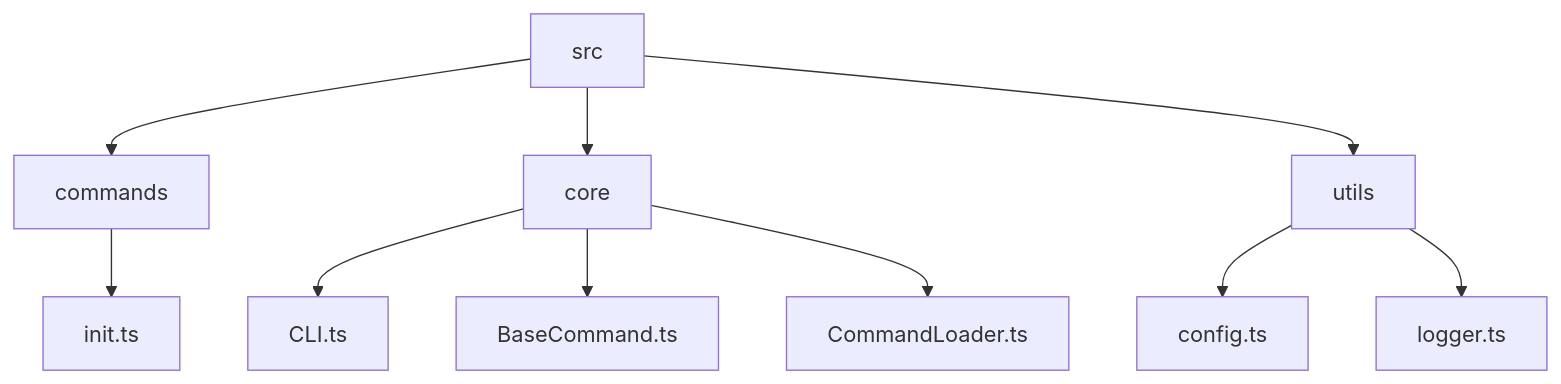
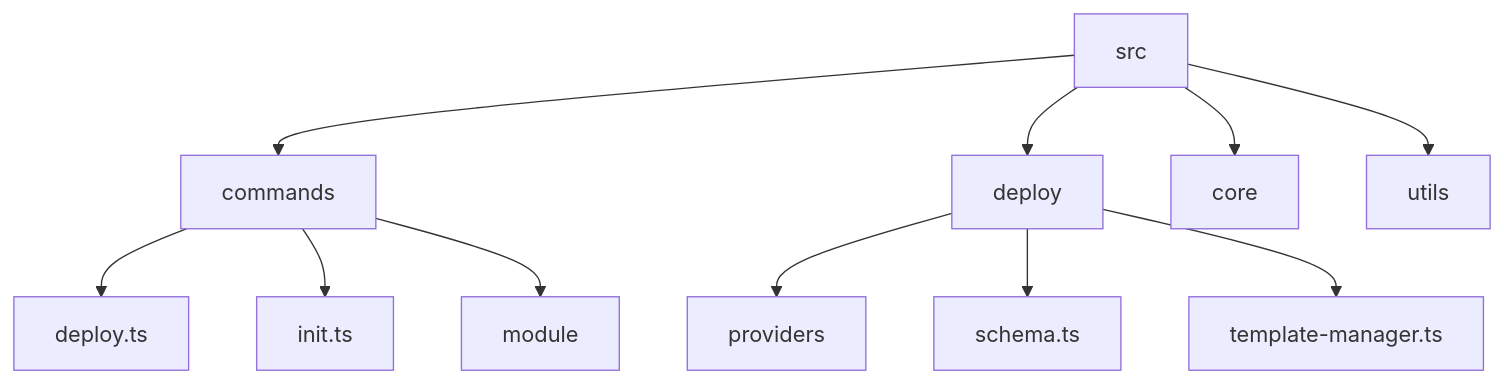
The diagram in README.md (nexical/cli), drawn with Mermaid before and after one commit. The commit also changed other lines of this file and 16 other files, not shown here.

Commit message:
Refactoring the deploy command and related libraries.

````diff
--- a/README.md
+++ b/README.md
@@ -318,12 +222,13 @@
 ```mermaid
 graph TD
     src-->commands
+    src-->deploy
     src-->core
     src-->utils
+    commands-->deploy.ts
     commands-->init.ts
-    core-->CLI.ts
-    core-->BaseCommand.ts
-    core-->CommandLoader.ts
-    utils-->config.ts
-    utils-->logger.ts
+    commands-->module
+    deploy-->providers
+    deploy-->schema.ts
+    deploy-->template-manager.ts
 ```
````
